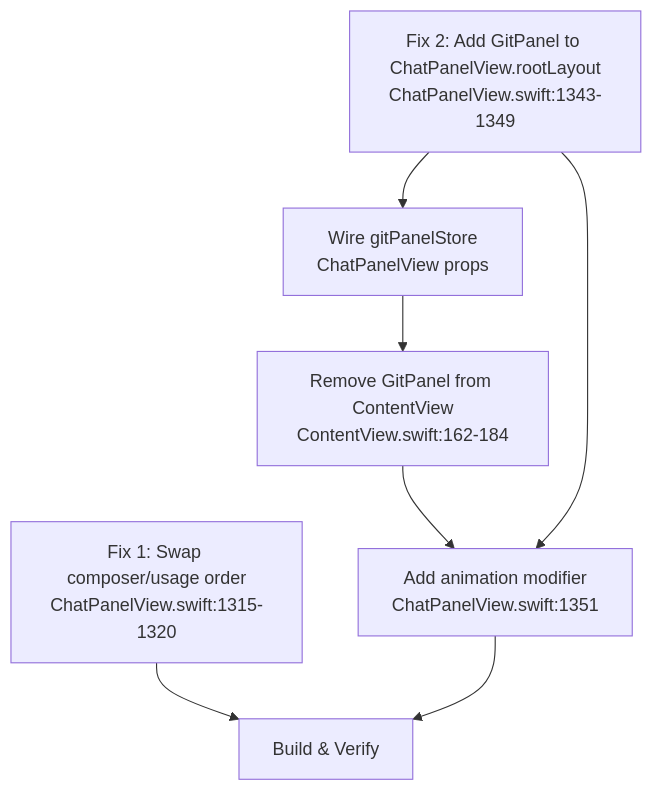
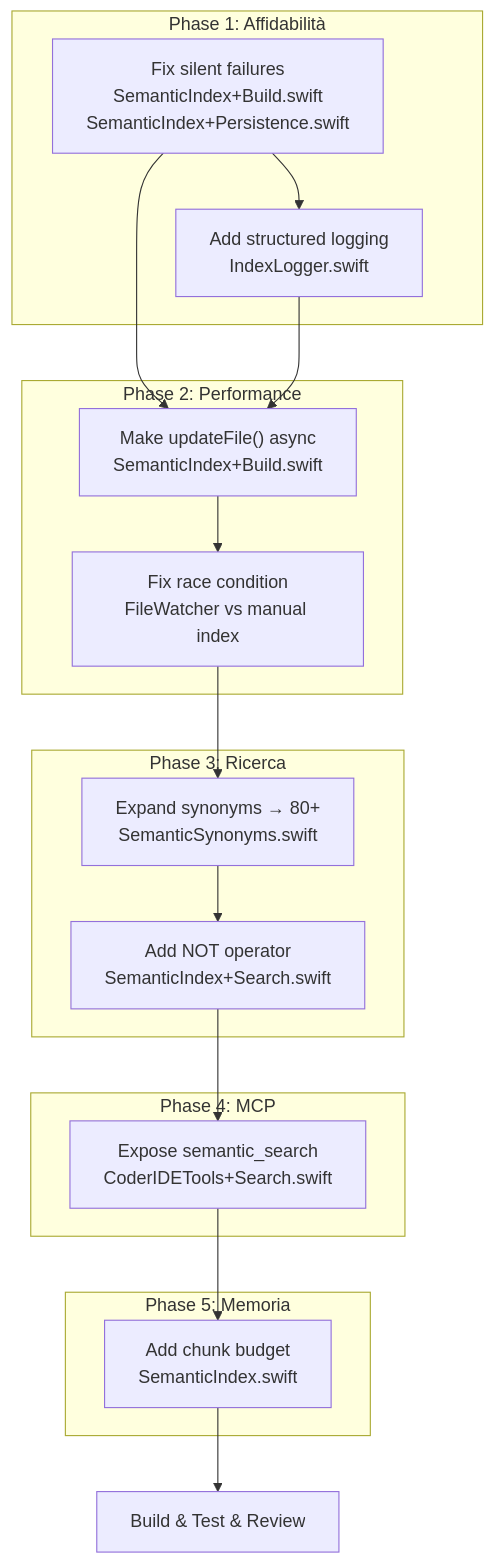
One commit to benjamix95/codigo changed the diagram in PLAN.md. Above: the diagram before and after it, drawn with Mermaid. The commit also changed other lines of this file and 8 other files, not shown here.

Commit message:
refactor: enhance pipeline reliability and performance, improve search capabilities, and streamline Git panel integration

````diff
--- a/PLAN.md
+++ b/PLAN.md
@@ -13,9 +20,29 @@
 ```mermaid
 graph TD
-    A["Fix 1: Swap composer/usage order<br/>ChatPanelView.swift:1315-1320"] --> V[Build & Verify]
-    B["Fix 2: Add GitPanel to ChatPanelView.rootLayout<br/>ChatPanelView.swift:1343-1349"] --> C["Wire gitPanelStore<br/>ChatPanelView props"]
-    C --> D["Remove GitPanel from ContentView<br/>ContentView.swift:162-184"]
-    D --> E["Add animation modifier<br/>ChatPanelView.swift:1351"]
-    B --> E
-    E --> V
+    subgraph "Phase 1: Affidabilità"
+        A1["Fix silent failures<br/>SemanticIndex+Build.swift<br/>SemanticIndex+Persistence.swift"] --> A2["Add structured logging<br/>IndexLogger.swift"]
+    end
+
+    subgraph "Phase 2: Performance"
+        B1["Make updateFile() async<br/>SemanticIndex+Build.swift"] --> B2["Fix race condition<br/>FileWatcher vs manual index"]
+    end
+
+    subgraph "Phase 3: Ricerca"
+        C1["Expand synonyms → 80+<br/>SemanticSynonyms.swift"] --> C2["Add NOT operator<br/>SemanticIndex+Search.swift"]
+    end
+
+    subgraph "Phase 4: MCP"
+        D1["Expose semantic_search<br/>CoderIDETools+Search.swift"]
+    end
+
+    subgraph "Phase 5: Memoria"
+        E1["Add chunk budget<br/>SemanticIndex.swift"]
+    end
+
+    A1 --> B1
+    A2 --> B1
+    B2 --> C1
+    C2 --> D1
+    D1 --> E1
+    E1 --> F["Build & Test & Review"]
 ```
````
